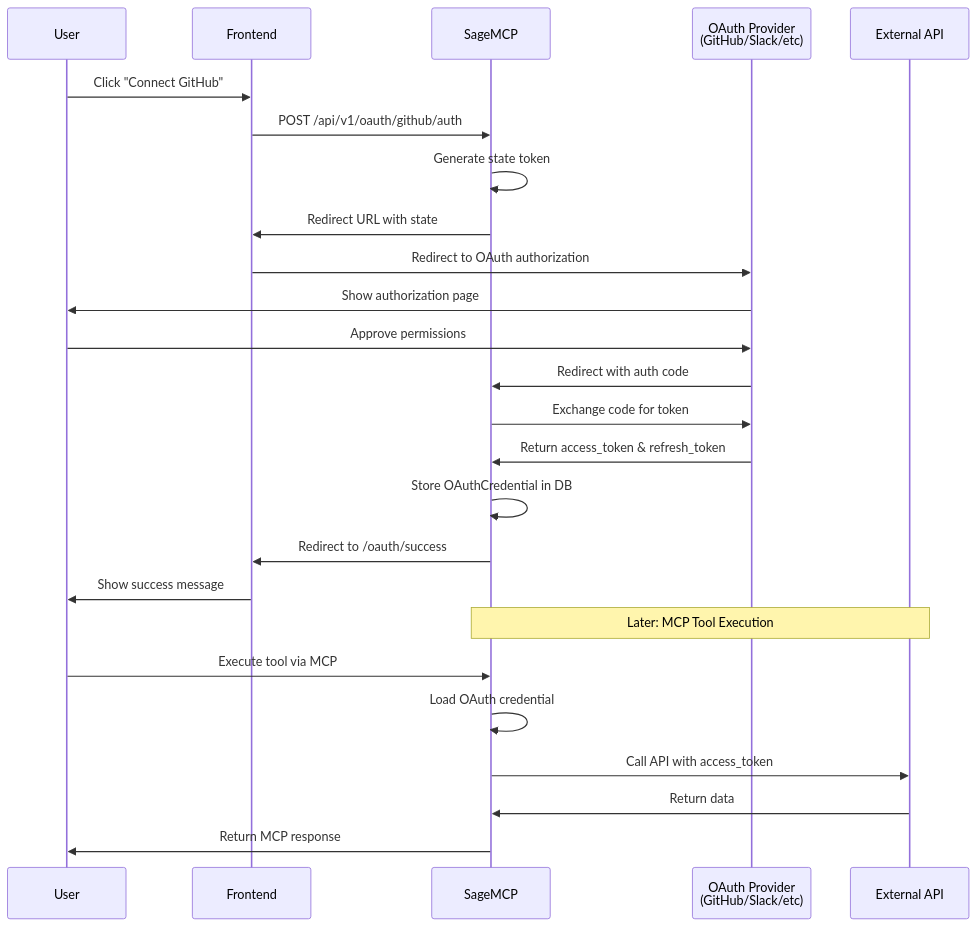
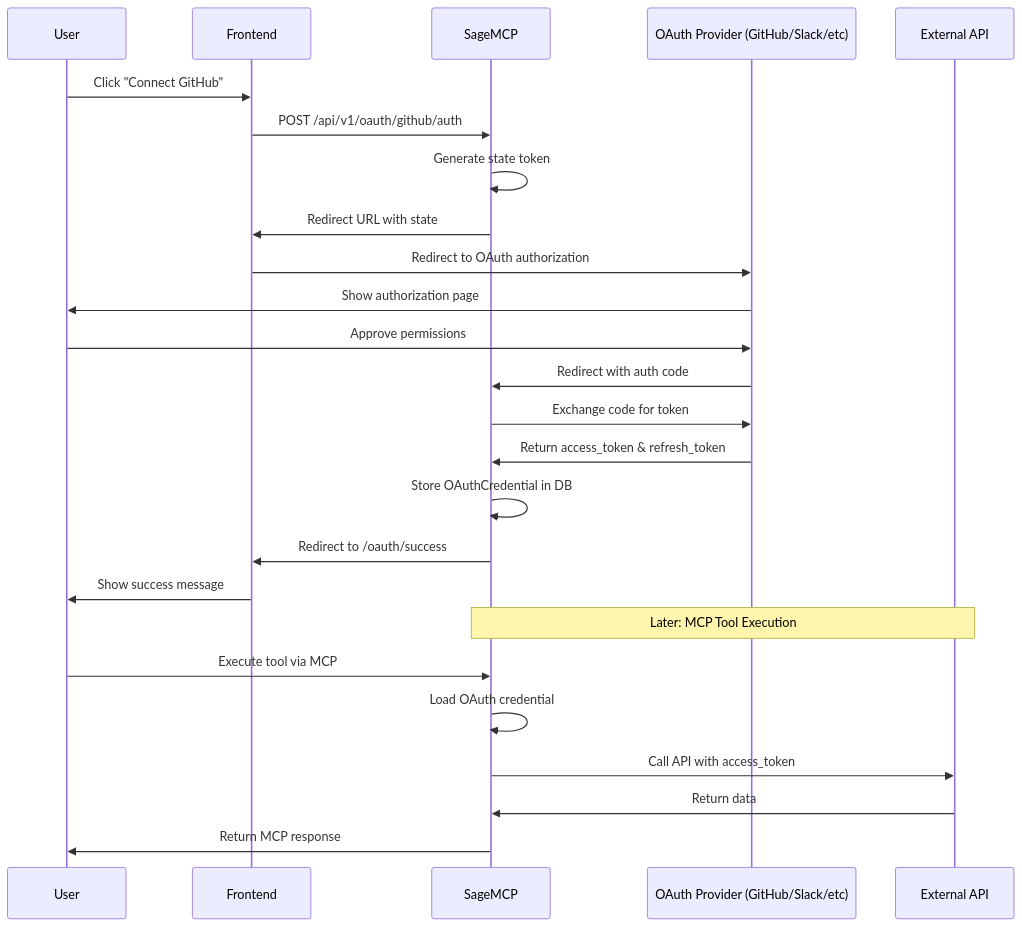
Before and after one commit to mvmcode/SageMCP: the third of 11 diagrams in docs/architecture.md, drawn with Mermaid. The commit also changed other lines of this file, not shown here.

````diff
--- a/docs/architecture.md
+++ b/docs/architecture.md
@@ -176,29 +199,29 @@
 ```mermaid
 sequenceDiagram
     participant User
     participant Frontend
     participant SageMCP
-    participant Provider as OAuth Provider<br/>(GitHub/Slack/etc)
+    participant Provider as OAuth Provider (GitHub/Slack/etc)
     participant API as External API
 
     User->>Frontend: Click "Connect GitHub"
     Frontend->>SageMCP: POST /api/v1/oauth/github/auth
     SageMCP->>SageMCP: Generate state token
     SageMCP->>Frontend: Redirect URL with state
     Frontend->>Provider: Redirect to OAuth authorization
     Provider->>User: Show authorization page
     User->>Provider: Approve permissions
     Provider->>SageMCP: Redirect with auth code
     SageMCP->>Provider: Exchange code for token
     Provider->>SageMCP: Return access_token & refresh_token
     SageMCP->>SageMCP: Store OAuthCredential in DB
     SageMCP->>Frontend: Redirect to /oauth/success
     Frontend->>User: Show success message
 
     Note over SageMCP,API: Later: MCP Tool Execution
     User->>SageMCP: Execute tool via MCP
     SageMCP->>SageMCP: Load OAuth credential
     SageMCP->>API: Call API with access_token
     API->>SageMCP: Return data
     SageMCP->>User: Return MCP response
 ```
````
